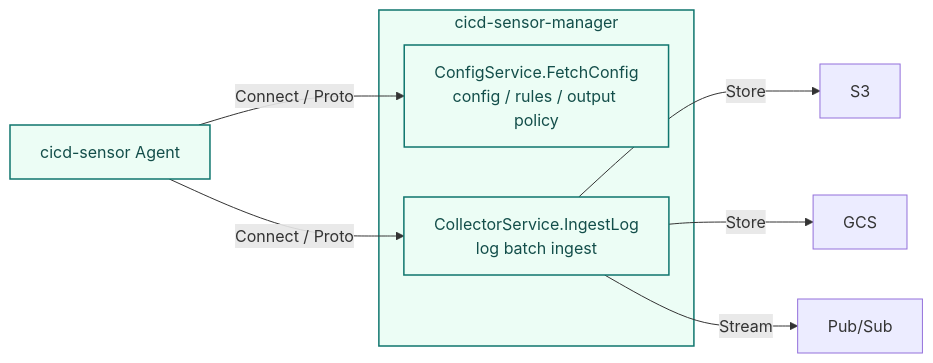
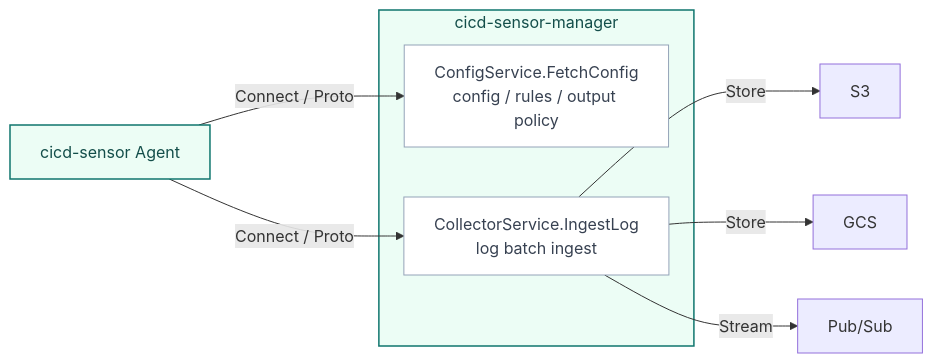
The diagram in docs/developer-guide/manager.md (cicd-sensor/cicd-sensor), drawn with Mermaid before and after one commit.

Commit message:
docs: align manager architecture diagram styling

````diff
--- a/docs/developer-guide/manager.md
+++ b/docs/developer-guide/manager.md
@@ -19,22 +19,26 @@
 ```mermaid
 flowchart LR
     AGENT["cicd-sensor Agent"]
 
     subgraph MANAGER["cicd-sensor-manager"]
         CONFIG["ConfigService.FetchConfig<br/>config / rules / output policy"]
         COLLECTOR["CollectorService.IngestLog<br/>log batch ingest"]
     end
 
     S3["S3"]
     GCS["GCS"]
     PUBSUB["Pub/Sub"]
 
     AGENT -->|"Connect / Proto"| CONFIG
     AGENT -->|"Connect / Proto"| COLLECTOR
     COLLECTOR -->|"Store"| S3
     COLLECTOR -->|"Store"| GCS
     COLLECTOR -->|"Stream"| PUBSUB
 
     classDef cicdSensor fill:#ecfdf5,stroke:#0f766e,color:#134e4a,stroke-width:1.5px;
-    class AGENT,MANAGER,CONFIG,COLLECTOR cicdSensor
+    classDef managerFrame fill:#ecfdf5,stroke:#0f766e,color:#134e4a,stroke-width:1.5px;
+    classDef service fill:#ffffff,stroke:#94a3b8,color:#374151,stroke-width:1px;
+    class AGENT cicdSensor
+    class MANAGER managerFrame
+    class CONFIG,COLLECTOR service
 ```
````
